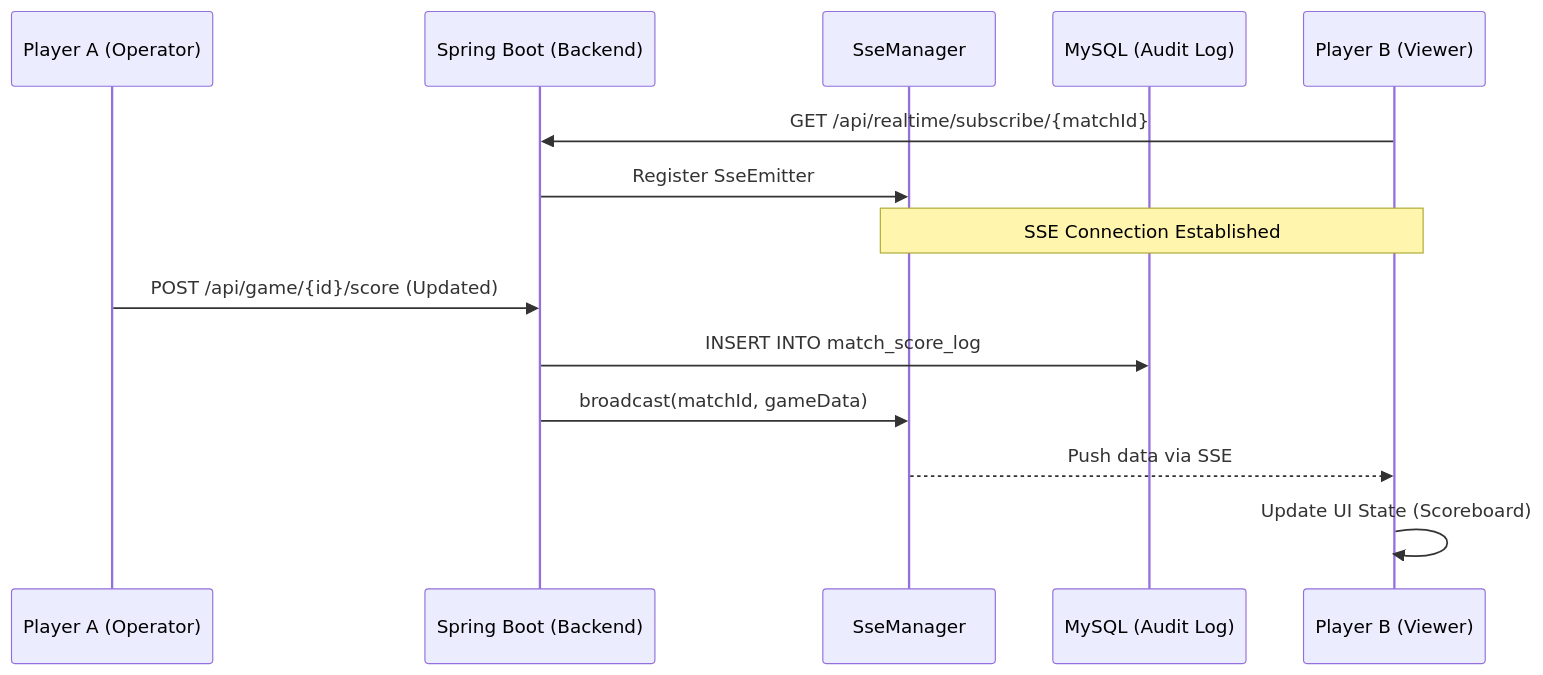
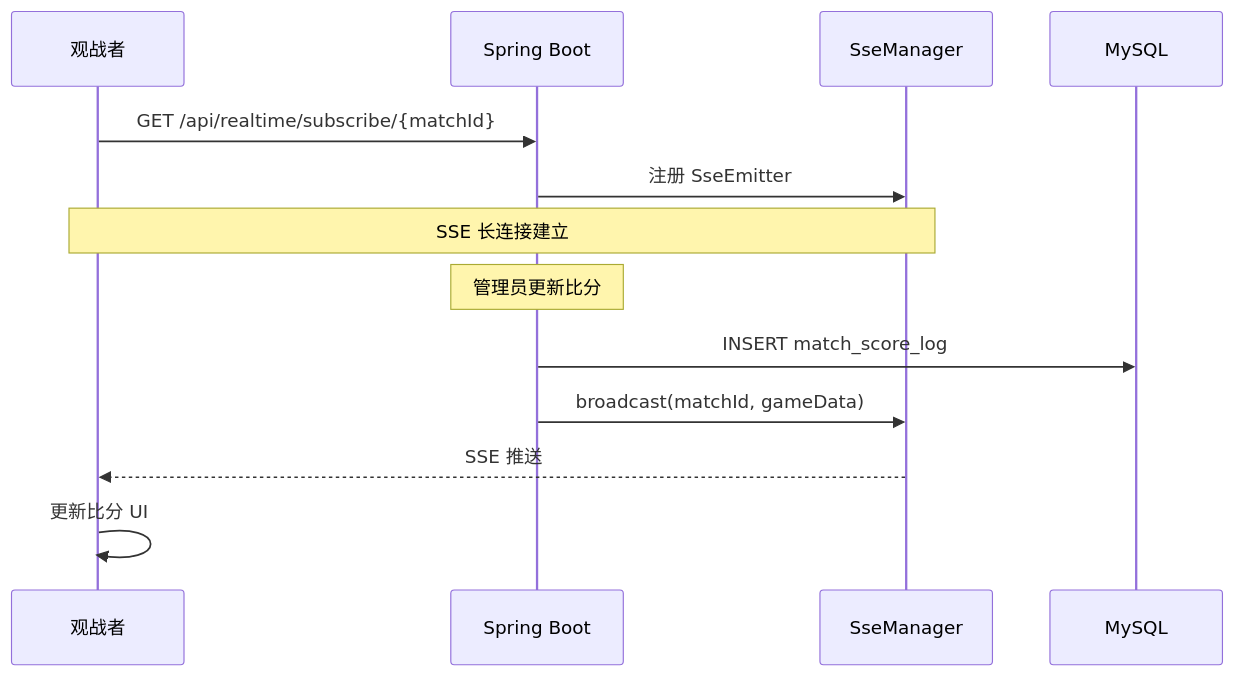
One commit to liveForExperience/pitch-master changed the diagram in docs/ARCHITECTURE.md. Above: the diagram before and after it, drawn with Mermaid. The commit also changed other lines of this file and 48 other files, not shown here.

````diff
--- a/docs/ARCHITECTURE.md
+++ b/docs/ARCHITECTURE.md
@@ -22,18 +65,17 @@
 ```mermaid
 sequenceDiagram
-    participant P as Player A (Operator)
-    participant S as Spring Boot (Backend)
+    participant V as 观战者
+    participant S as Spring Boot
     participant M as SseManager
-    participant DB as MySQL (Audit Log)
-    participant L as Player B (Viewer)
+    participant DB as MySQL
 
-    L->>S: GET /api/realtime/subscribe/{matchId}
-    S->>M: Register SseEmitter
-    Note over L, M: SSE Connection Established
+    V->>S: GET /api/realtime/subscribe/{matchId}
+    S->>M: 注册 SseEmitter
+    Note over V,M: SSE 长连接建立
 
-    P->>S: POST /api/game/{id}/score (Updated)
-    S->>DB: INSERT INTO match_score_log
+    Note over S: 管理员更新比分
+    S->>DB: INSERT match_score_log
     S->>M: broadcast(matchId, gameData)
-    M-->>L: Push data via SSE
-    L->>L: Update UI State (Scoreboard)
+    M-->>V: SSE 推送
+    V->>V: 更新比分 UI
 ```
````
